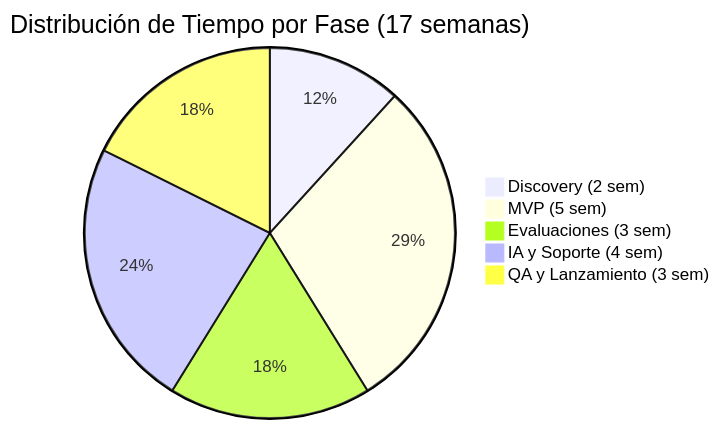
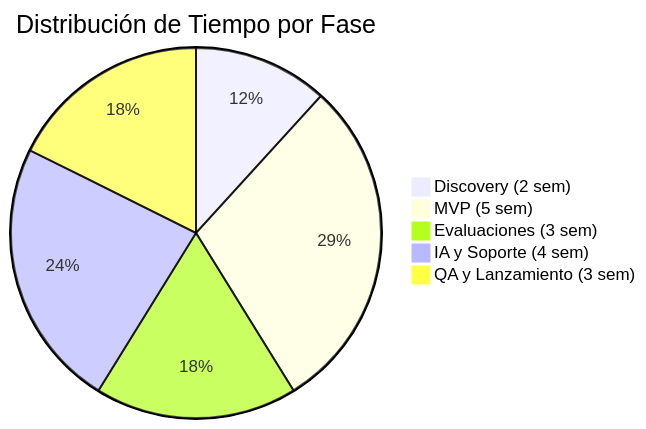
The eighth of 8 diagrams in whatsApp-learning/roadmap.md (erikaluciafuertes/Project-Proposals), drawn with Mermaid before and after one commit.

````diff
--- a/whatsApp-learning/roadmap.md
+++ b/whatsApp-learning/roadmap.md
@@ -360,8 +360,8 @@
 ```mermaid
-pie title Distribución de Tiempo por Fase (17 semanas)
+pie title Distribución de Tiempo por Fase
     "Discovery (2 sem)" : 2
     "MVP (5 sem)" : 5
     "Evaluaciones (3 sem)" : 3
     "IA y Soporte (4 sem)" : 4
     "QA y Lanzamiento (3 sem)" : 3
 ```
````
